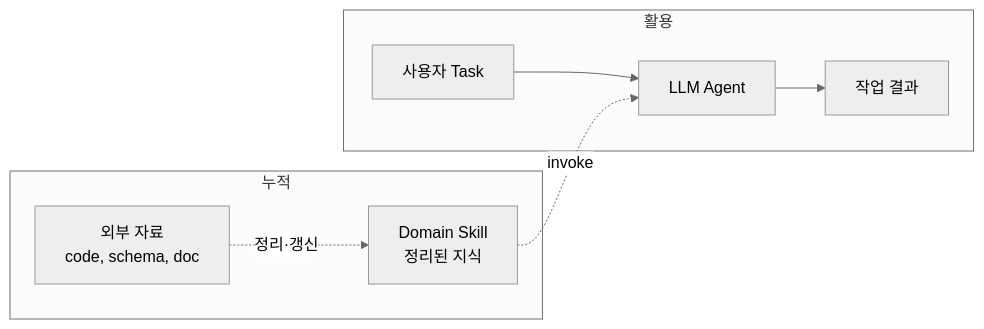
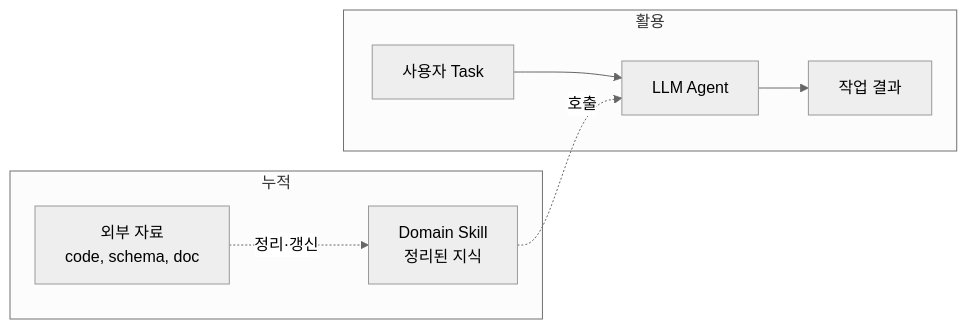
The first of 2 diagrams in collections/_notes/ai/llm-wiki/as-domain-skill.md (choesimin/choesimin.github.io), drawn with Mermaid (neutral theme) before and after one commit. The commit also changed other lines of this file, not shown here.

````diff
--- a/collections/_notes/ai/llm-wiki/as-domain-skill.md
+++ b/collections/_notes/ai/llm-wiki/as-domain-skill.md
@@ -16,18 +16,18 @@
 ```mermaid
 graph LR
     subgraph accumulate["누적"]
         external[외부 자료<br>code, schema, doc]
         skill[Domain Skill<br>정리된 지식]
         external -.정리·갱신.-> skill
     end
 
     subgraph use["활용"]
         user[사용자 Task]
         agent[LLM Agent]
         output[작업 결과]
         user --> agent
         agent --> output
     end
 
-    skill -.invoke.-> agent
+    skill -.호출.-> agent
 ```
````
